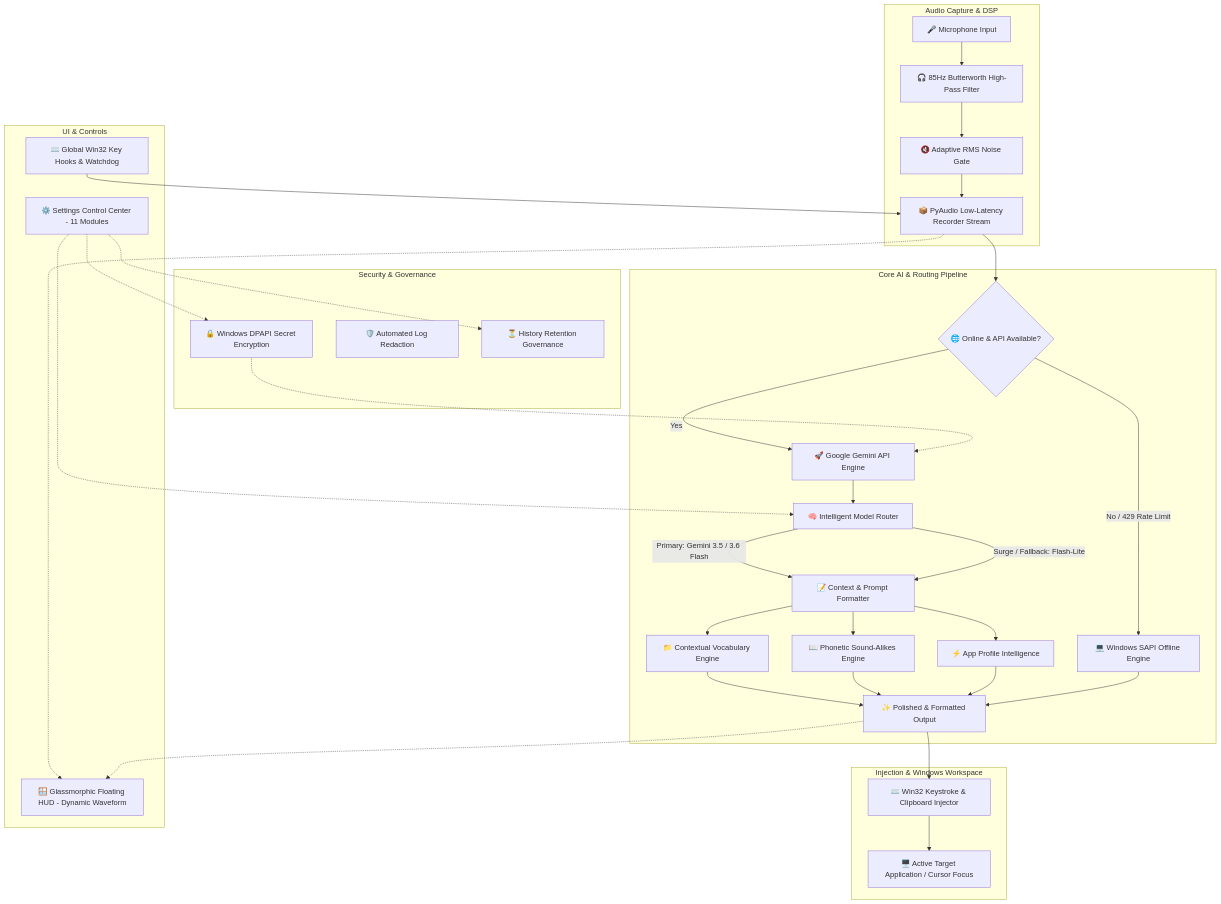
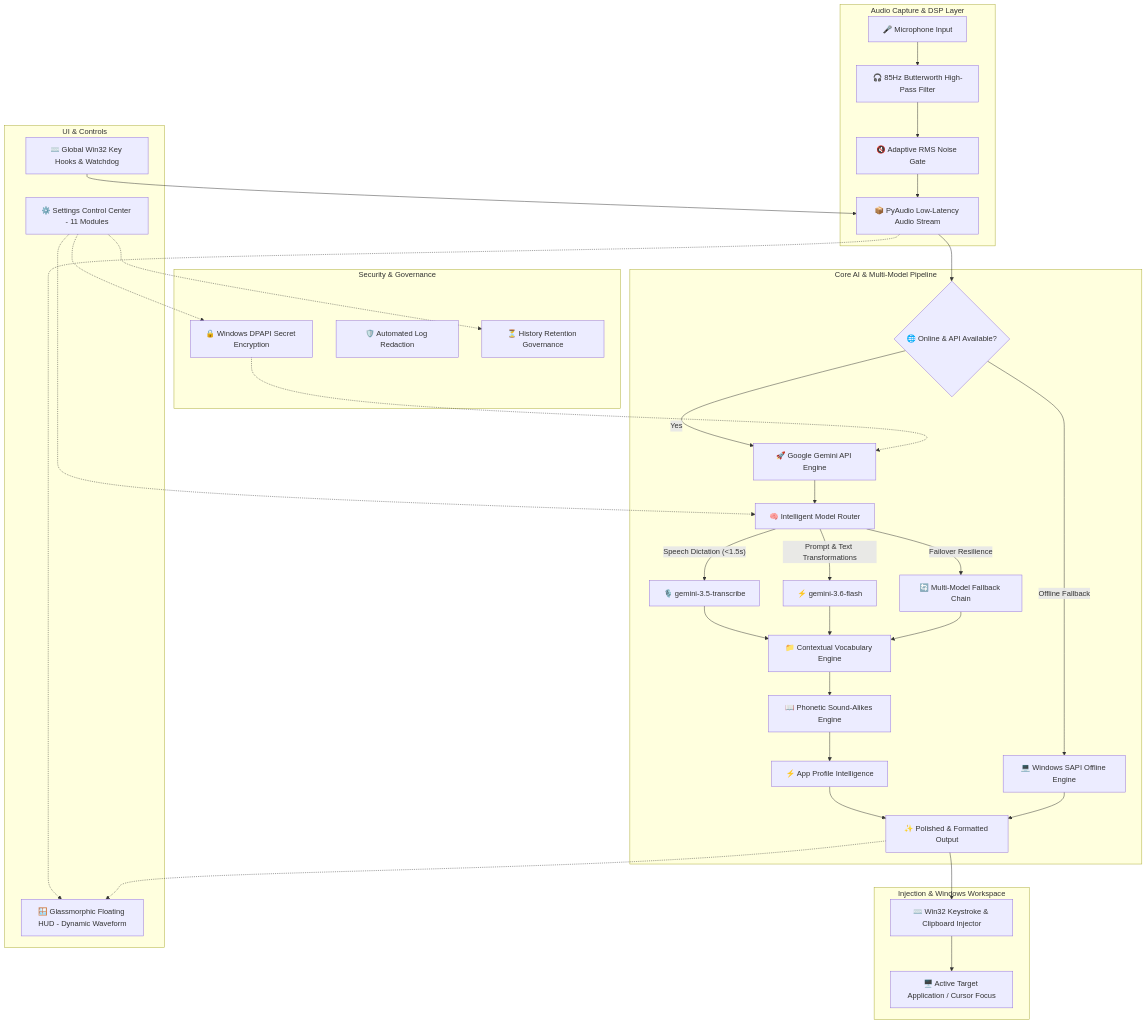
One commit to SriniwasAwasthi/gemini-flow changed the diagram in README.md. Above: the diagram before and after it, drawn with Mermaid. The commit also changed other lines of this file and 5 other files, not shown here.

Commit message:
feat: upgrade to gemini-3.5-transcribe with multi-model failover, 20-min continuous dictation, and production README

````diff
--- a/README.md
+++ b/README.md
@@ -139,52 +145,53 @@
 ```mermaid
 flowchart TD
-    subgraph Audio Capture & DSP
-        A[🎤 Microphone Input] --> B[🎧 85Hz Butterworth High-Pass Filter]
-        B --> C[🔇 Adaptive RMS Noise Gate]
-        C --> D[📦 PyAudio Low-Latency Recorder Stream]
+    subgraph Audio_Capture ["Audio Capture & DSP Layer"]
+        A["🎤 Microphone Input"] --> B["🎧 85Hz Butterworth High-Pass Filter"]
+        B --> C["🔇 Adaptive RMS Noise Gate"]
+        C --> D["📦 PyAudio Low-Latency Audio Stream"]
     end
 
-    subgraph Core AI & Routing Pipeline
-        D --> E{🌐 Online & API Available?}
-        E -- Yes --> F[🚀 Google Gemini API Engine]
-        E -- No / 429 Rate Limit --> G[💻 Windows SAPI Offline Engine]
+    subgraph Core_AI ["Core AI & Multi-Model Pipeline"]
+        D --> E{"🌐 Online & API Available?"}
+        E -->|"Yes"| F["🚀 Google Gemini API Engine"]
+        E -->|"Offline Fallback"| G["💻 Windows SAPI Offline Engine"]
         
-        F --> H[🧠 Intelligent Model Router]
-        H -->|Primary: Gemini 3.5 / 3.6 Flash| I[📝 Context & Prompt Formatter]
-        H -->|Surge / Fallback: Flash-Lite| I
+        F --> H["🧠 Intelligent Model Router"]
+        H -->|"Speech Dictation (<1.5s)"| I["🎙️ gemini-3.5-transcribe"]
+        H -->|"Prompt & Text Transformations"| J["⚡ gemini-3.6-flash"]
+        H -->|"Failover Resilience"| K["🔄 Multi-Model Fallback Chain"]
         
-        I --> J[📁 Contextual Vocabulary Engine]
-        I --> K[📖 Phonetic Sound-Alikes Engine]
-        I --> L[⚡ App Profile Intelligence]
+        I --> L["📁 Contextual Vocabulary Engine"]
+        J --> L
+        K --> L
         
-        J --> M[✨ Polished & Formatted Output]
-        K --> M
-        L --> M
-        G --> M
+        L --> M["📖 Phonetic Sound-Alikes Engine"]
+        M --> N["⚡ App Profile Intelligence"]
+        N --> O["✨ Polished & Formatted Output"]
+        G --> O
     end
 
-    subgraph Injection & Windows Workspace
-        M --> N[⌨️ Win32 Keystroke & Clipboard Injector]
-        N --> O[🖥️ Active Target Application / Cursor Focus]
+    subgraph Injection_Layer ["Injection & Windows Workspace"]
+        O --> P["⌨️ Win32 Keystroke & Clipboard Injector"]
+        P --> Q["🖥️ Active Target Application / Cursor Focus"]
     end
 
-    subgraph UI & Controls
-        P[🪟 Glassmorphic Floating HUD - Dynamic Waveform]
-        Q[⚙️ Settings Control Center - 11 Modules]
-        R[⌨️ Global Win32 Key Hooks & Watchdog]
+    subgraph UI_Layer ["UI & Controls"]
+        R["🪟 Glassmorphic Floating HUD - Dynamic Waveform"]
+        S["⚙️ Settings Control Center - 11 Modules"]
+        T["⌨️ Global Win32 Key Hooks & Watchdog"]
     end
 
-    subgraph Security & Governance
-        S[🔒 Windows DPAPI Secret Encryption]
-        T[🛡️ Automated Log Redaction]
-        U[⏳ History Retention Governance]
+    subgraph Security_Layer ["Security & Governance"]
+        U["🔒 Windows DPAPI Secret Encryption"]
+        V["🛡️ Automated Log Redaction"]
+        W["⏳ History Retention Governance"]
     end
 
-    R --> D
-    D -.-> P
-    M -.-> P
-    Q -.-> H
-    Q -.-> S
-    Q -.-> U
-    S -.-> F
+    T --> D
+    D -.-> R
+    O -.-> R
+    S -.-> H
+    S -.-> U
+    S -.-> W
+    U -.-> F
 ```
````
